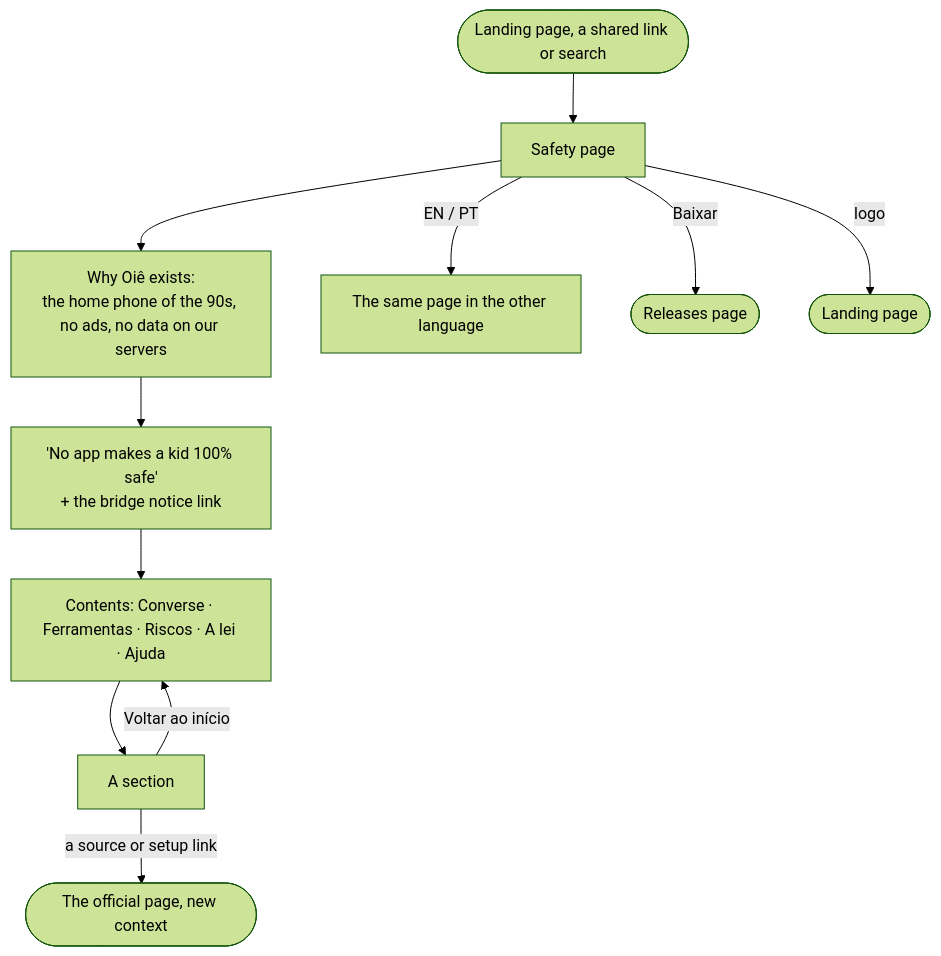
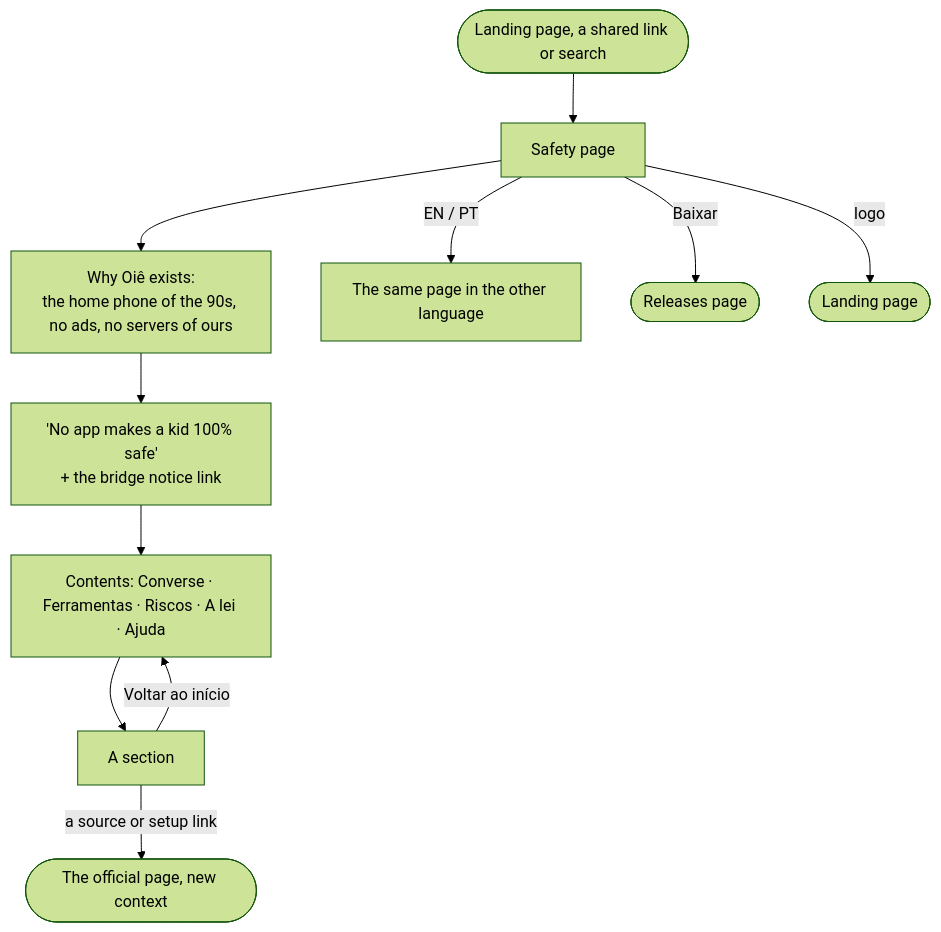
Before and after one commit to gabrielbr/FamilyZap: the diagram in docs/flows/website-safety.md, drawn with Mermaid (forest theme). The commit also changed other lines of this file and 18 other files, not shown here.

First line of the commit message:
Privacy in plain words: Oiê has no servers (app 0.38.1, website, repo)

````diff
--- a/docs/flows/website-safety.md
+++ b/docs/flows/website-safety.md
@@ -15,13 +15,13 @@
 ```mermaid
 flowchart TD
   start([Landing page, a shared link or search]) --> page[Safety page]
-  page --> why[Why Oiê exists:<br/>the home phone of the 90s, no ads, no data on our servers]
+  page --> why[Why Oiê exists:<br/>the home phone of the 90s, no ads, no servers of ours]
   why --> honest['No app makes a kid 100% safe'<br/>+ the bridge notice link]
   honest --> toc[Contents: Converse · Ferramentas · Riscos · A lei · Ajuda]
   toc --> section[A section]
   section -- a source or setup link --> out([The official page, new context])
   section -- Voltar ao início --> toc
   page -- EN / PT --> other[The same page in the other language]
   page -- Baixar --> download([Releases page])
   page -- logo --> landing([Landing page])
 ```
````
